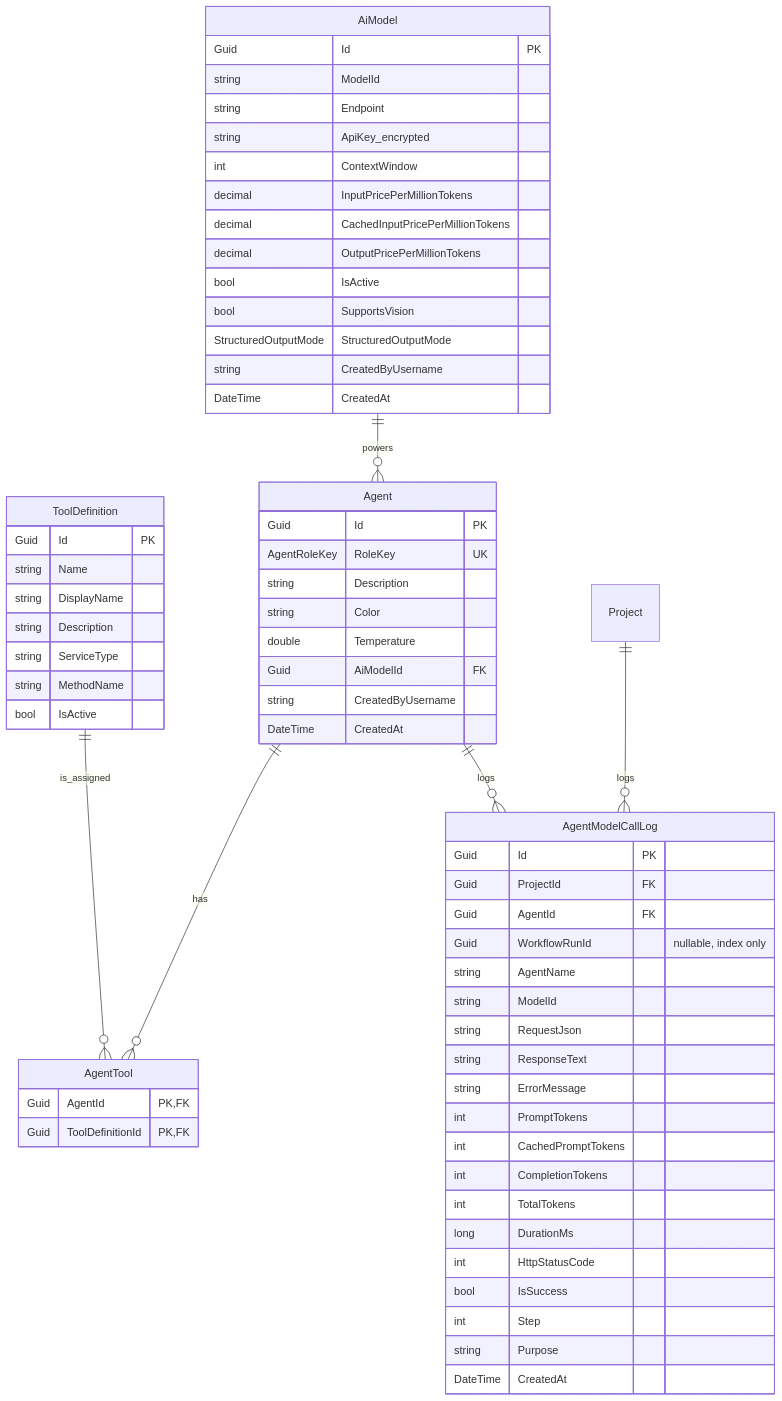
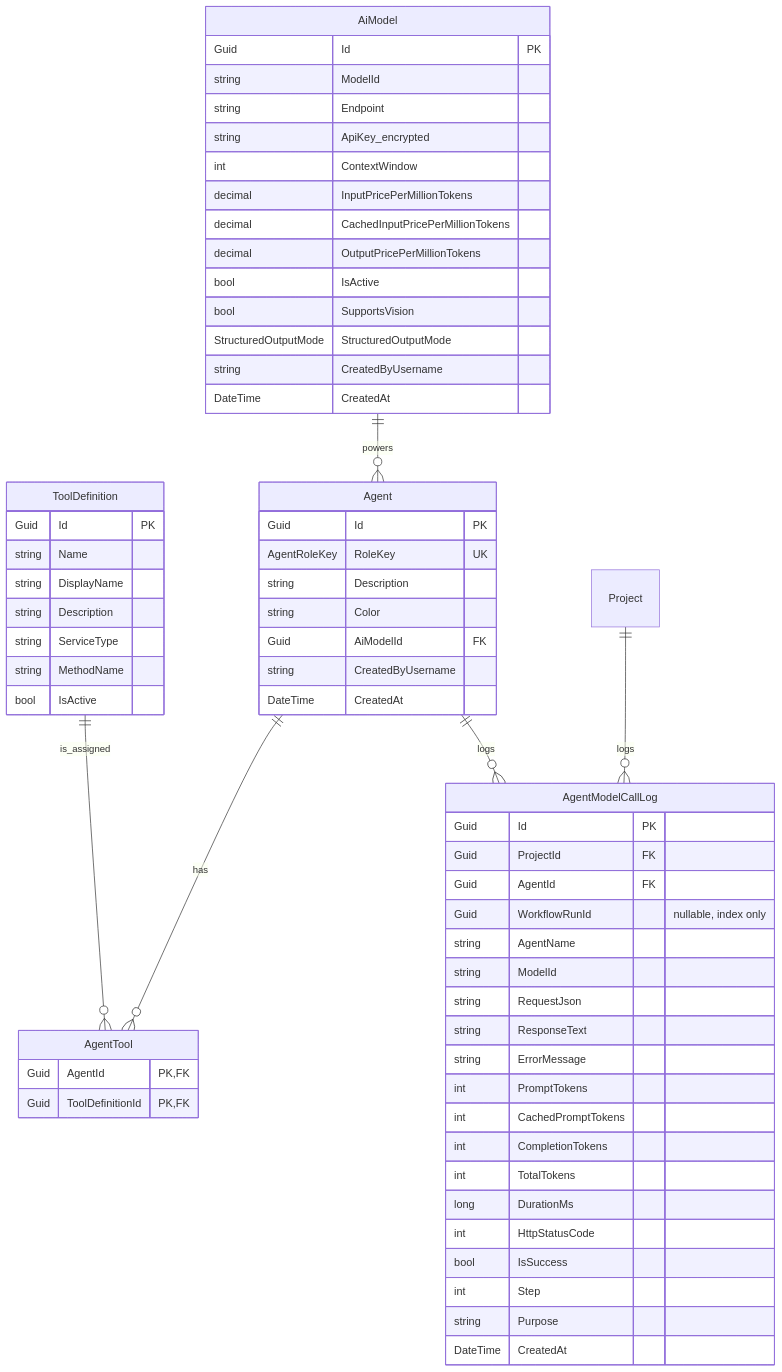
The fifth of 9 diagrams in docs/data-model.md (Songlong0506/ICOGenerator-v4), drawn with Mermaid before and after one commit. The commit also changed other lines of this file and 65 other files, not shown here.

````diff
--- a/docs/data-model.md
+++ b/docs/data-model.md
@@ -274,72 +274,71 @@
 ```mermaid
 erDiagram
     AiModel {
         Guid Id PK
         string ModelId
         string Endpoint
         string ApiKey_encrypted
         int ContextWindow
         decimal InputPricePerMillionTokens
         decimal CachedInputPricePerMillionTokens
         decimal OutputPricePerMillionTokens
         bool IsActive
         bool SupportsVision
         StructuredOutputMode StructuredOutputMode
         string CreatedByUsername
         DateTime CreatedAt
     }
 
     Agent {
         Guid Id PK
         AgentRoleKey RoleKey UK
         string Description
         string Color
-        double Temperature
         Guid AiModelId FK
         string CreatedByUsername
         DateTime CreatedAt
     }
 
     ToolDefinition {
         Guid Id PK
         string Name
         string DisplayName
         string Description
         string ServiceType
         string MethodName
         bool IsActive
     }
 
     AgentTool {
         Guid AgentId PK, FK
         Guid ToolDefinitionId PK, FK
     }
 
     AgentModelCallLog {
         Guid Id PK
         Guid ProjectId FK
         Guid AgentId FK
         Guid WorkflowRunId "nullable, index only"
         string AgentName
         string ModelId
         string RequestJson
         string ResponseText
         string ErrorMessage
         int PromptTokens
         int CachedPromptTokens
         int CompletionTokens
         int TotalTokens
         long DurationMs
         int HttpStatusCode
         bool IsSuccess
         int Step
         string Purpose
         DateTime CreatedAt
     }
 
     AiModel ||--o{ Agent : powers
     Agent ||--o{ AgentTool : has
     ToolDefinition ||--o{ AgentTool : is_assigned
     Project ||--o{ AgentModelCallLog : logs
     Agent ||--o{ AgentModelCallLog : logs
 ```
````
